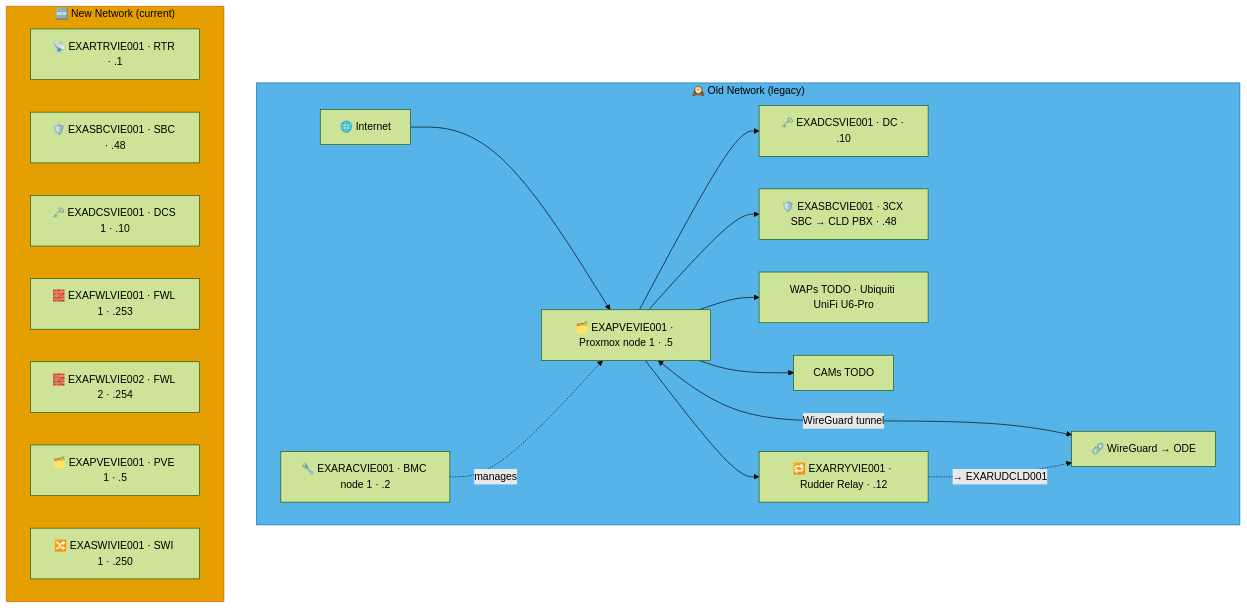
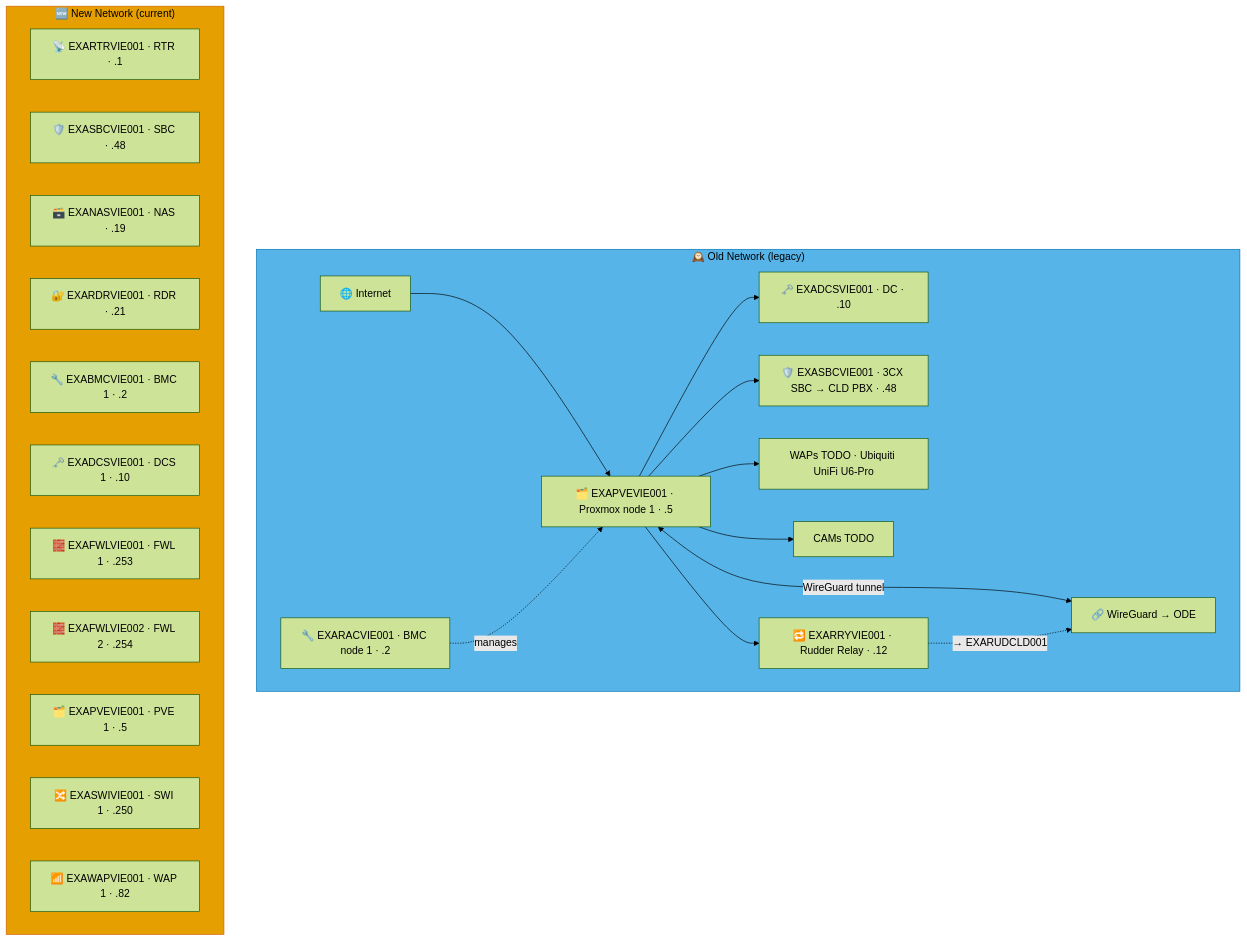
Before and after one commit to knightmare2600/example_music_infra: the diagram in docs/network-diagram/osterreich.md, drawn with Mermaid (forest theme). The commit also changed 15 other files, not shown here.

````diff
--- a/docs/network-diagram/osterreich.md
+++ b/docs/network-diagram/osterreich.md
@@ -16,35 +16,39 @@
 ```mermaid
 graph TD
     subgraph OLD_VIE ["🕰️ Old Network (legacy)"]
       INET["🌐 Internet"]
       RAC["🔧 EXARACVIE001 · BMC node 1 · .2"]
       PVE["🗂️ EXAPVEVIE001 · Proxmox node 1 · .5"]
       DC["🗝️ EXADCSVIE001 · DC · .10"]
       SBC["🛡️ EXASBCVIE001 · 3CX SBC → CLD PBX · .48"]
       RRY["🔁 EXARRYVIE001 · Rudder Relay · .12"]
       WAP["WAPs TODO · Ubiquiti UniFi U6-Pro"]
       CAM["CAMs TODO"]
       VPN["🔗 WireGuard → ODE"]
 
       INET --> PVE --> DC & SBC
       RAC -.->|"manages"| PVE
       PVE --> WAP & CAM
       PVE <-->|"WireGuard tunnel"| VPN
 
       PVE --> RRY
       RRY -. "→ EXARUDCLD001" .-> VPN
     end
     style OLD_VIE fill:#56B4E9,stroke:#0072B2,color:#000000
     %% GENERATED:NEW-NETWORK:VIE:START
     subgraph NEW_VIE ["🆕 New Network (current)"]
       N_RTR["📡 EXARTRVIE001 · RTR · .1"]
       N_SBC["🛡️ EXASBCVIE001 · SBC · .48"]
+      N_NAS["🗃️ EXANASVIE001 · NAS · .19"]
+      N_RDR["🔐 EXARDRVIE001 · RDR · .21"]
+      N_BMC["🔧 EXABMCVIE001 · BMC 1 · .2"]
       N_DCS["🗝️ EXADCSVIE001 · DCS 1 · .10"]
       N_FWL["🧱 EXAFWLVIE001 · FWL 1 · .253"]
       N_FWL2["🧱 EXAFWLVIE002 · FWL 2 · .254"]
       N_PVE["🗂️ EXAPVEVIE001 · PVE 1 · .5"]
       N_SWI["🔀 EXASWIVIE001 · SWI 1 · .250"]
+      N_WAP["📶 EXAWAPVIE001 · WAP 1 · .82"]
     end
     style NEW_VIE fill:#E69F00,stroke:#D55E00,color:#000000
     %% GENERATED:NEW-NETWORK:VIE:END
 ```
````
